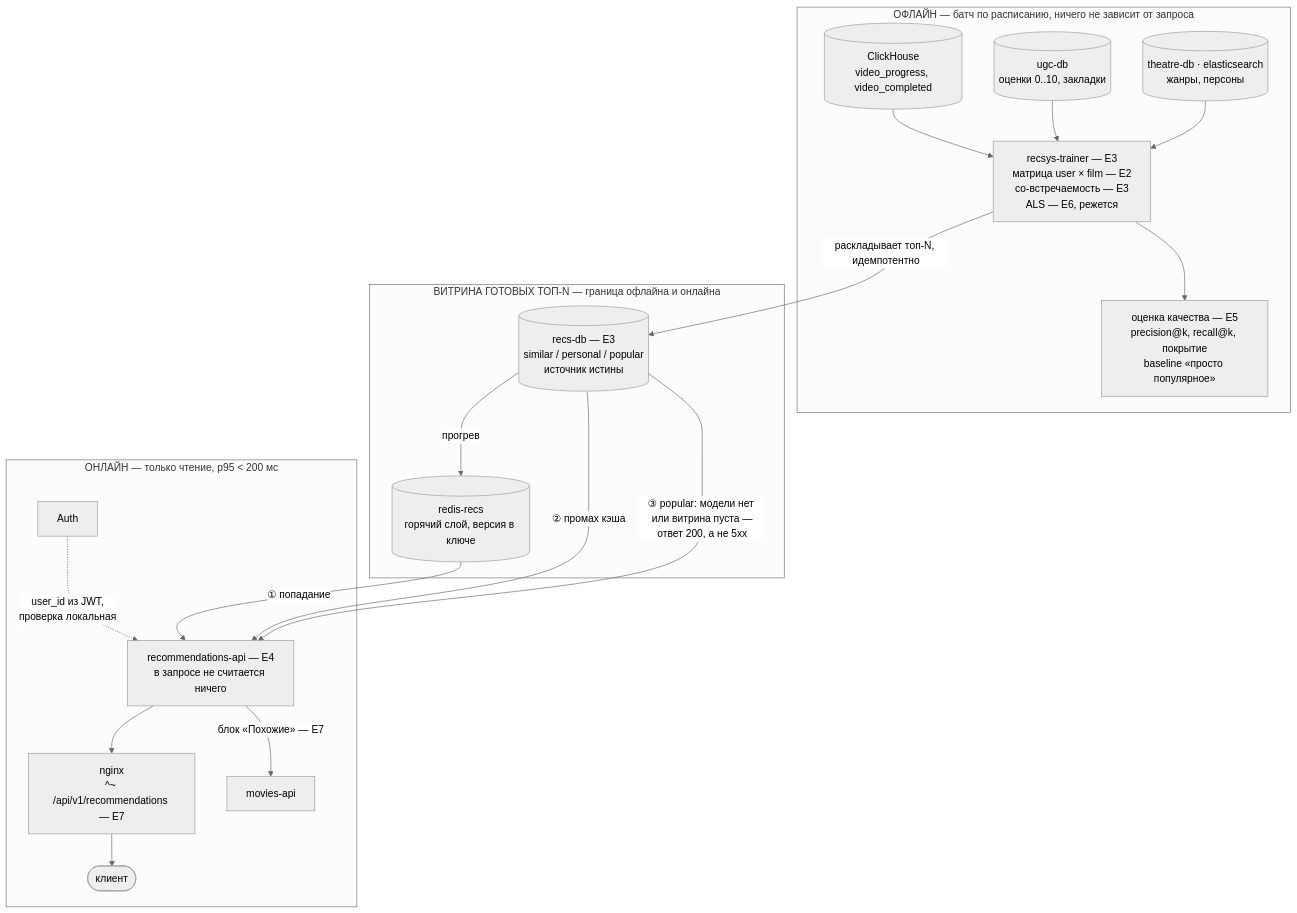
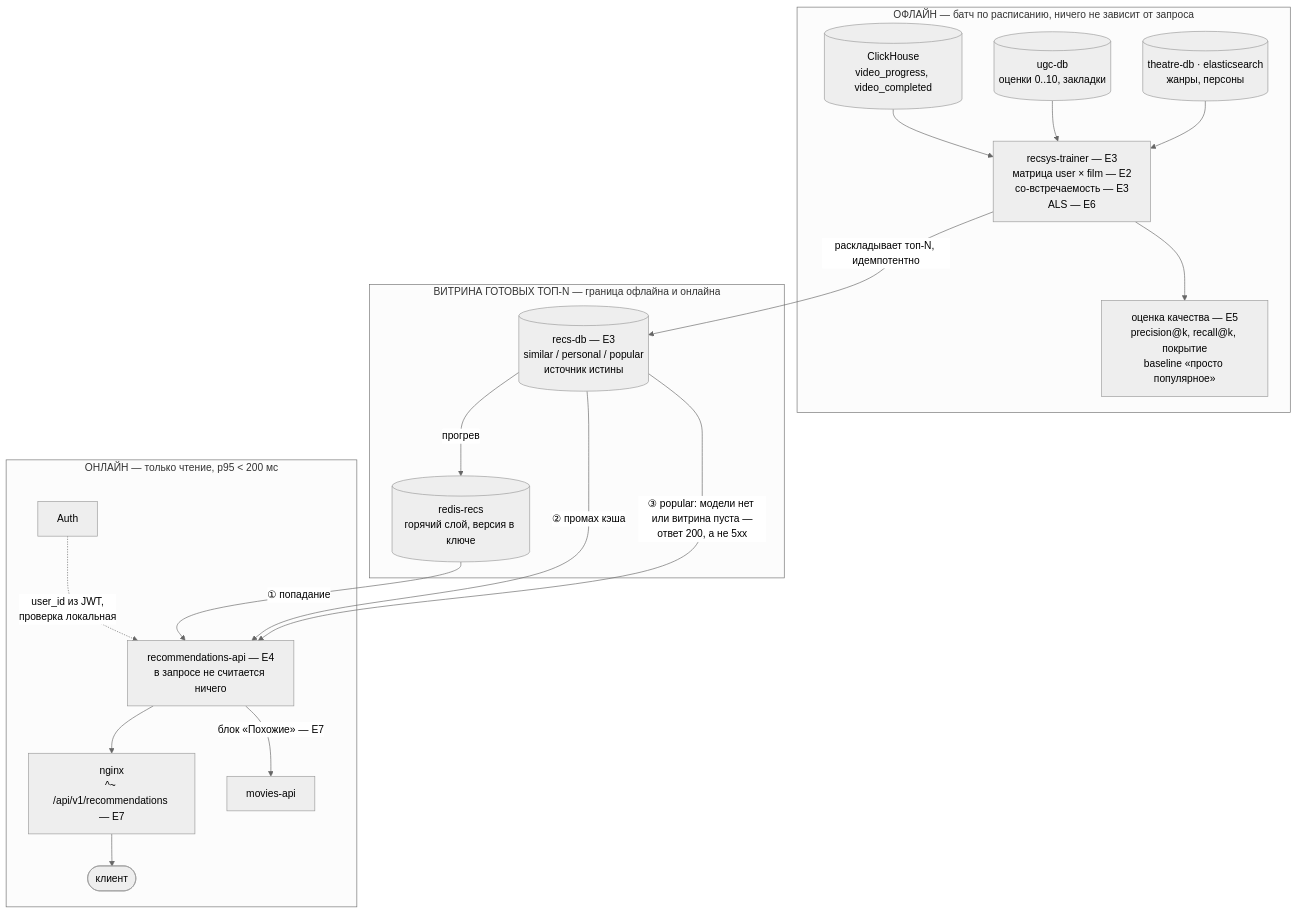
The second of 3 diagrams in docs/diploma-plan.md (ruslan4432013/practix-cinema), drawn with Mermaid (neutral theme) before and after one commit. The commit also changed other lines of this file and 6 other files, not shown here.

````diff
--- a/docs/diploma-plan.md
+++ b/docs/diploma-plan.md
@@ -94,28 +94,28 @@
 ```mermaid
 flowchart TB
     subgraph offline["ОФЛАЙН — батч по расписанию, ничего не зависит от запроса"]
         ch[("ClickHouse<br/>video_progress, video_completed")] --> trainer
         ugcdb[("ugc-db<br/>оценки 0..10, закладки")] --> trainer
         content[("theatre-db · elasticsearch<br/>жанры, персоны")] --> trainer
-        trainer["recsys-trainer — E3<br/>матрица user × film — E2<br/>со-встречаемость — E3<br/>ALS — E6, режется"]
+        trainer["recsys-trainer — E3<br/>матрица user × film — E2<br/>со-встречаемость — E3<br/>ALS — E6"]
         trainer --> metrics["оценка качества — E5<br/>precision@k, recall@k, покрытие<br/>baseline «просто популярное»"]
     end
 
     subgraph shelf["ВИТРИНА ГОТОВЫХ ТОП-N — граница офлайна и онлайна"]
         recsdb[("recs-db — E3<br/>similar / personal / popular<br/>источник истины")]
         recscache[("redis-recs<br/>горячий слой, версия в ключе")]
         recsdb -- "прогрев" --> recscache
     end
 
     subgraph online["ОНЛАЙН — только чтение, p95 &lt; 200 мс"]
         api["recommendations-api — E4<br/>в запросе не считается ничего"]
         api --> ngx["nginx<br/>^~ /api/v1/recommendations — E7"] --> user([клиент])
         api -- "блок «Похожие» — E7" --> movies["movies-api"]
         auth["Auth"] -. "user_id из JWT,<br/>проверка локальная" .-> api
     end
 
     trainer -- "раскладывает топ-N, идемпотентно" --> recsdb
     recscache -- "① попадание" --> api
     recsdb -- "② промах кэша" --> api
     recsdb -- "③ popular: модели нет или витрина пуста —<br/>ответ 200, а не 5xx" --> api
 ```
````
